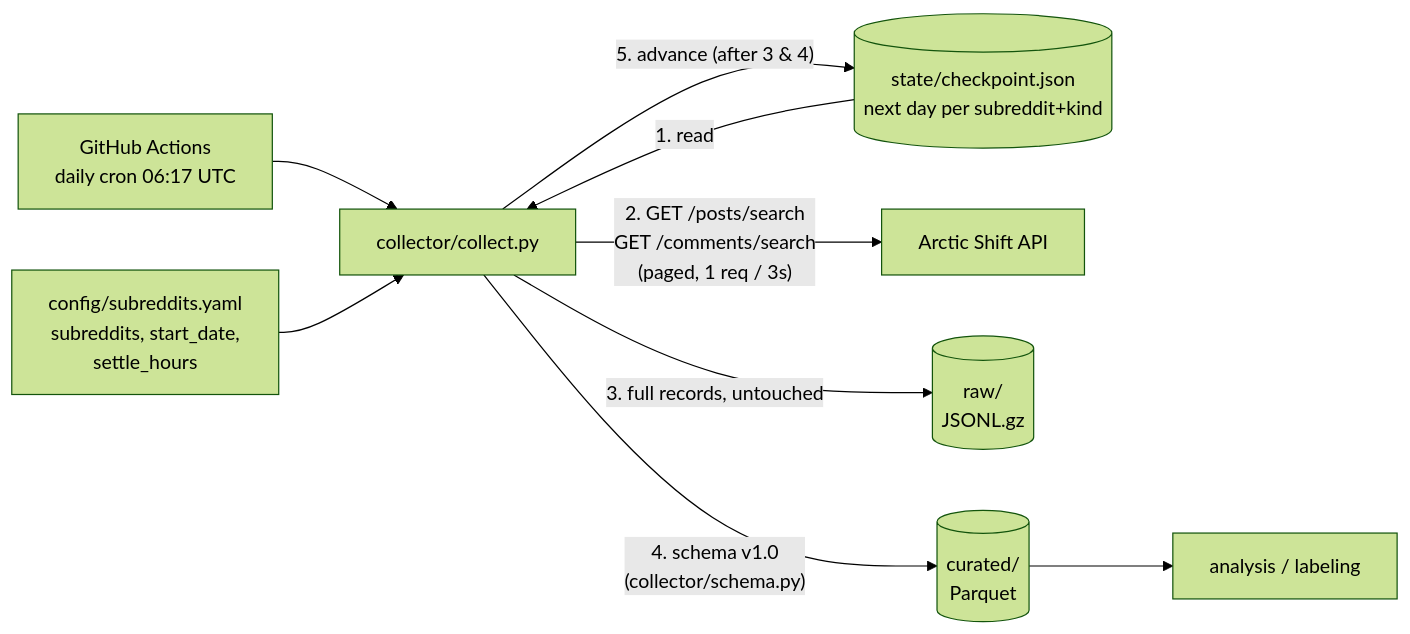
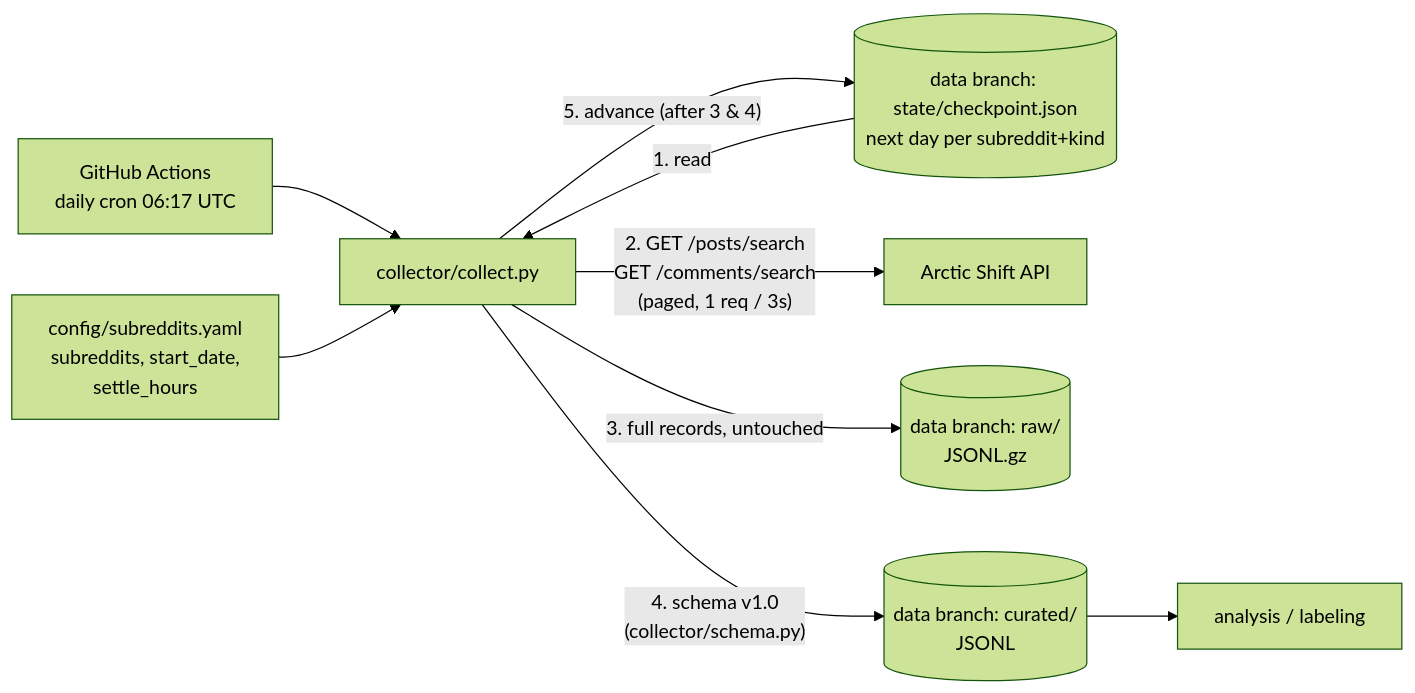
Before and after one commit to Tsovinar1986/Ozempic: the diagram in README.md, drawn with Mermaid (forest theme). The commit also changed other lines of this file and 6 other files, not shown here.

First line of the commit message:
Run daily collection without S3, storing JSON data on a data branch

````diff
--- a/README.md
+++ b/README.md
@@ -8,11 +8,11 @@
 ```mermaid
 flowchart LR
     cron["GitHub Actions<br/>daily cron 06:17 UTC"] --> script["collector/collect.py"]
     cfg["config/subreddits.yaml<br/>subreddits, start_date,<br/>settle_hours"] --> script
-    ckpt[("state/checkpoint.json<br/>next day per subreddit+kind")] -- "1. read" --> script
+    ckpt[("data branch: state/checkpoint.json<br/>next day per subreddit+kind")] -- "1. read" --> script
     script -- "2. GET /posts/search<br/>GET /comments/search<br/>(paged, 1 req / 3s)" --> api["Arctic Shift API"]
-    script -- "3. full records, untouched" --> raw[("raw/<br/>JSONL.gz")]
-    script -- "4. schema v1.0<br/>(collector/schema.py)" --> cur[("curated/<br/>Parquet")]
+    script -- "3. full records, untouched" --> raw[("data branch: raw/<br/>JSONL.gz")]
+    script -- "4. schema v1.0<br/>(collector/schema.py)" --> cur[("data branch: curated/<br/>JSONL")]
     script -- "5. advance (after 3 & 4)" --> ckpt
     cur --> use["analysis / labeling"]
 ```
````
